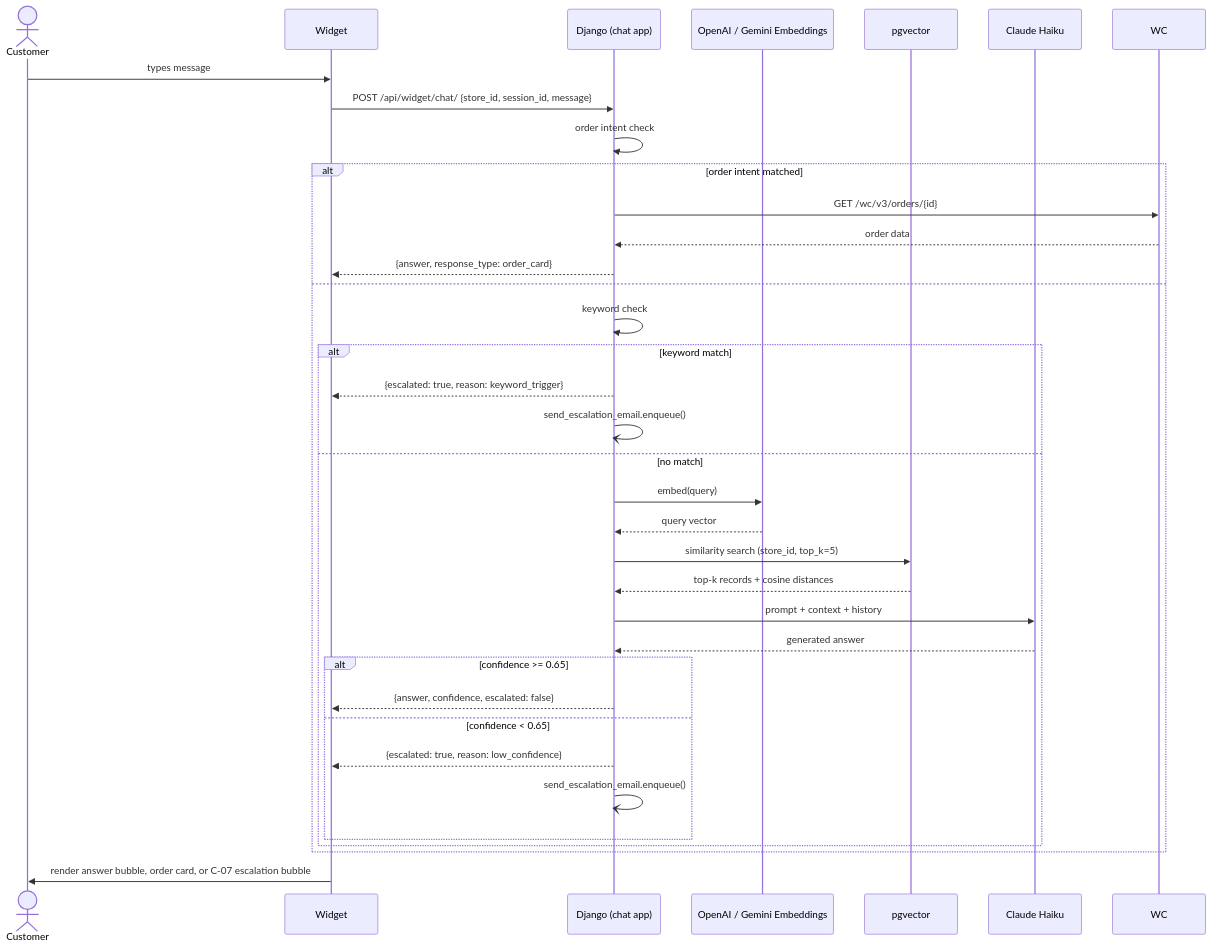
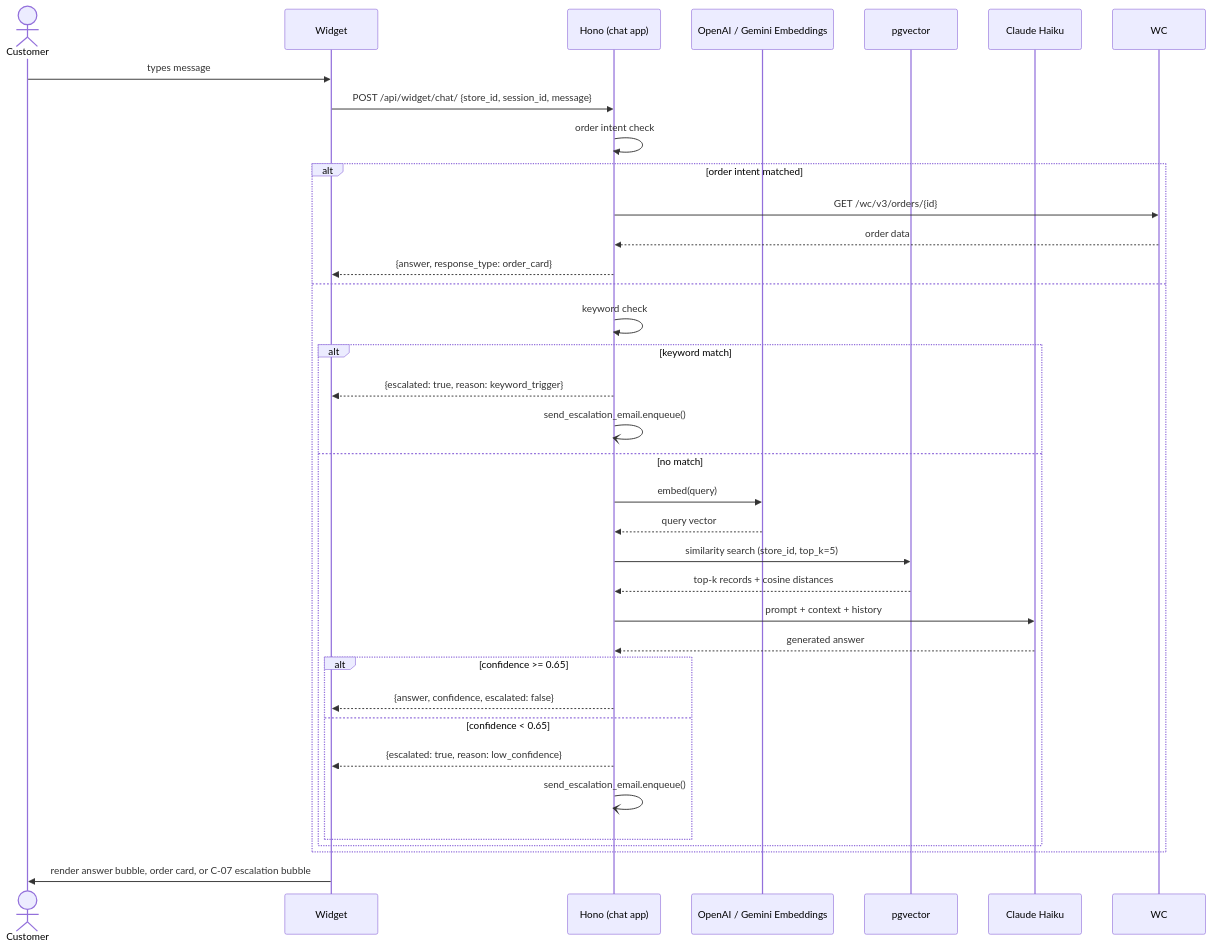
The third of 6 diagrams in _docs/PRD.md (aji-pratama/woocs), drawn with Mermaid before and after one commit. The commit also changed other lines of this file and 85 other files, not shown here.

````diff
--- a/_docs/PRD.md
+++ b/_docs/PRD.md
@@ -1352,41 +1352,41 @@
 ```mermaid
 sequenceDiagram
   actor Customer
   participant Widget
-  participant Django as Django (chat app)
+  participant Hono as Hono (chat app)
   participant Embeddings as OpenAI / Gemini Embeddings
   participant PG as pgvector
   participant Haiku as Claude Haiku
 
   Customer->>Widget: types message
-  Widget->>Django: POST /api/widget/chat/ {store_id, session_id, message}
+  Widget->>Hono: POST /api/widget/chat/ {store_id, session_id, message}
   
-  Django->>Django: order intent check
+  Hono->>Hono: order intent check
   alt order intent matched
-    Django->>WC: GET /wc/v3/orders/{id}
-    WC-->>Django: order data
-    Django-->>Widget: {answer, response_type: order_card}
+    Hono->>WC: GET /wc/v3/orders/{id}
+    WC-->>Hono: order data
+    Hono-->>Widget: {answer, response_type: order_card}
   else
-    Django->>Django: keyword check
+    Hono->>Hono: keyword check
     alt keyword match
-      Django-->>Widget: {escalated: true, reason: keyword_trigger}
-      Django-)Django: send_escalation_email.enqueue()
+      Hono-->>Widget: {escalated: true, reason: keyword_trigger}
+      Hono-)Hono: send_escalation_email.enqueue()
     else no match
-      Django->>Embeddings: embed(query)
-      Embeddings-->>Django: query vector
-      Django->>PG: similarity search (store_id, top_k=5)
-      PG-->>Django: top-k records + cosine distances
-      Django->>Haiku: prompt + context + history
-      Haiku-->>Django: generated answer
+      Hono->>Embeddings: embed(query)
+      Embeddings-->>Hono: query vector
+      Hono->>PG: similarity search (store_id, top_k=5)
+      PG-->>Hono: top-k records + cosine distances
+      Hono->>Haiku: prompt + context + history
+      Haiku-->>Hono: generated answer
 
       alt confidence >= 0.65
-        Django-->>Widget: {answer, confidence, escalated: false}
+        Hono-->>Widget: {answer, confidence, escalated: false}
       else confidence < 0.65
-        Django-->>Widget: {escalated: true, reason: low_confidence}
-        Django-)Django: send_escalation_email.enqueue()
+        Hono-->>Widget: {escalated: true, reason: low_confidence}
+        Hono-)Hono: send_escalation_email.enqueue()
       end
     end
   end
 
   Widget->>Customer: render answer bubble, order card, or C-07 escalation bubble
 ```
````
